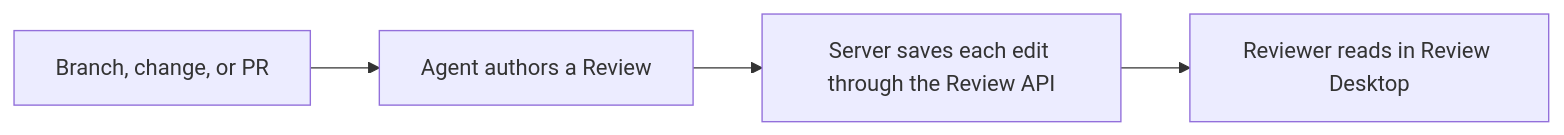
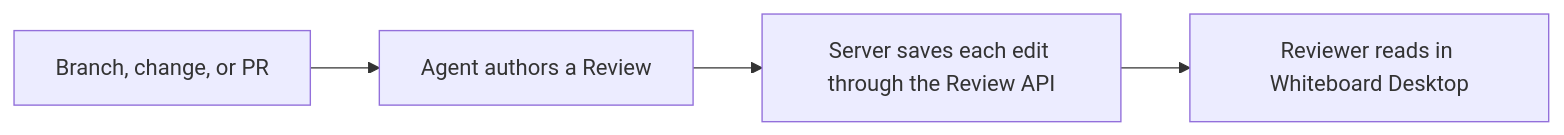
Before and after one commit to devdotfast/review: the diagram in docs/how-review-works.md, drawn with Mermaid. The commit also changed other lines of this file and 116 other files, not shown here.

````diff
--- a/docs/how-review-works.md
+++ b/docs/how-review-works.md
@@ -11,6 +11,6 @@
 ```mermaid
 flowchart LR
   A[Branch, change, or PR] --> B[Agent authors a Review]
   B --> C[Server saves each edit through the Review API]
-  C --> D[Reviewer reads in Review Desktop]
+  C --> D[Reviewer reads in Whiteboard Desktop]
 ```
````
